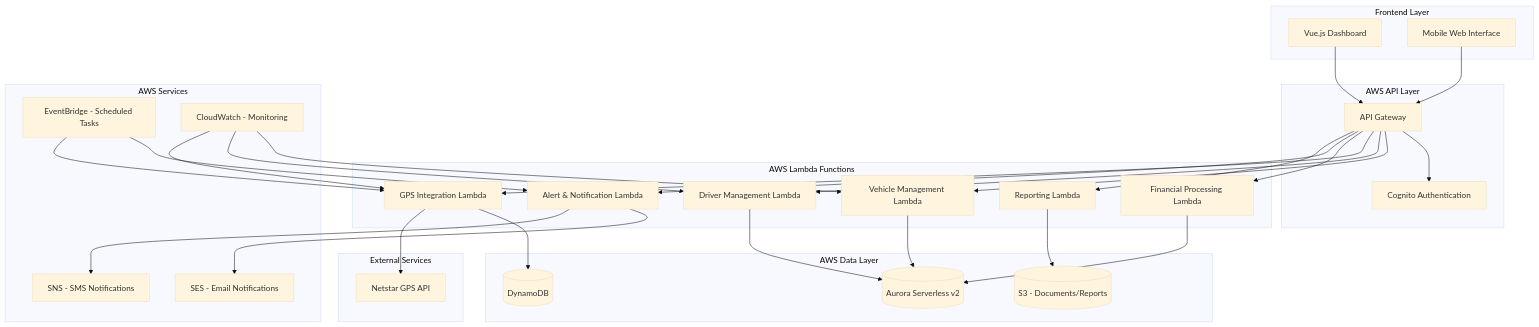
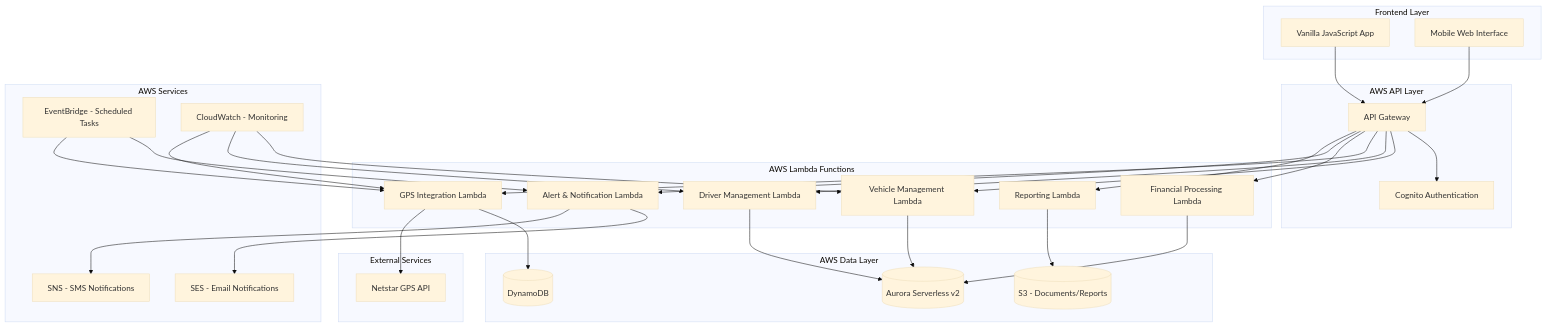
The diagram in specs/vehicle-driver-management/design.md (jojo786/fleet-management), drawn with Mermaid (base theme) before and after one commit. The commit also changed other lines of this file and 1 other file, not shown here.

First line of the commit message:
docs: Correct frontend technology stack from Vue.js to vanilla JavaScript

````diff
--- a/specs/vehicle-driver-management/design.md
+++ b/specs/vehicle-driver-management/design.md
@@ -13,64 +13,64 @@
 ```mermaid
 graph TB
     subgraph "Frontend Layer"
-        UI[Vue.js Dashboard]
+        UI[Vanilla JavaScript App]
         Mobile[Mobile Web Interface]
     end
     
     subgraph "AWS API Layer"
         APIGW[API Gateway]
         Auth[Cognito Authentication]
     end
     
     subgraph "AWS Lambda Functions"
         VehicleLambda[Vehicle Management Lambda]
         DriverLambda[Driver Management Lambda]
         GPSLambda[GPS Integration Lambda]
         FinanceLambda[Financial Processing Lambda]
         AlertLambda[Alert & Notification Lambda]
         ReportLambda[Reporting Lambda]
     end
     
     subgraph "AWS Data Layer"
         Aurora[(Aurora Serverless v2)]
         DynamoDB[(DynamoDB)]
         S3[(S3 - Documents/Reports)]
     end
     
     subgraph "AWS Services"
         EventBridge[EventBridge - Scheduled Tasks]
         SES[SES - Email Notifications]
         SNS[SNS - SMS Notifications]
         CloudWatch[CloudWatch - Monitoring]
     end
     
     subgraph "External Services"
         Netstar[Netstar GPS API]
     end
     
     UI --> APIGW
     Mobile --> APIGW
     APIGW --> Auth
     APIGW --> VehicleLambda
     APIGW --> DriverLambda
     APIGW --> GPSLambda
     APIGW --> FinanceLambda
     APIGW --> AlertLambda
     APIGW --> ReportLambda
     
     VehicleLambda --> Aurora
     DriverLambda --> Aurora
     FinanceLambda --> Aurora
     GPSLambda --> DynamoDB
     ReportLambda --> S3
     
     GPSLambda --> Netstar
     AlertLambda --> SES
     AlertLambda --> SNS
     EventBridge --> AlertLambda
     EventBridge --> GPSLambda
     
     CloudWatch --> VehicleLambda
     CloudWatch --> DriverLambda
     CloudWatch --> GPSLambda
 ```
````
